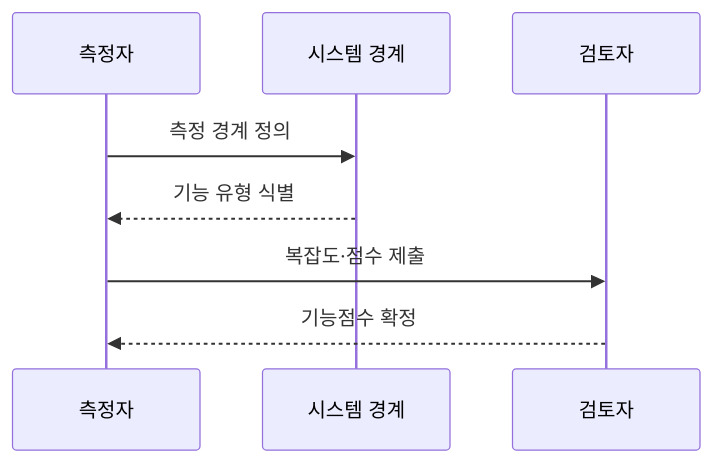
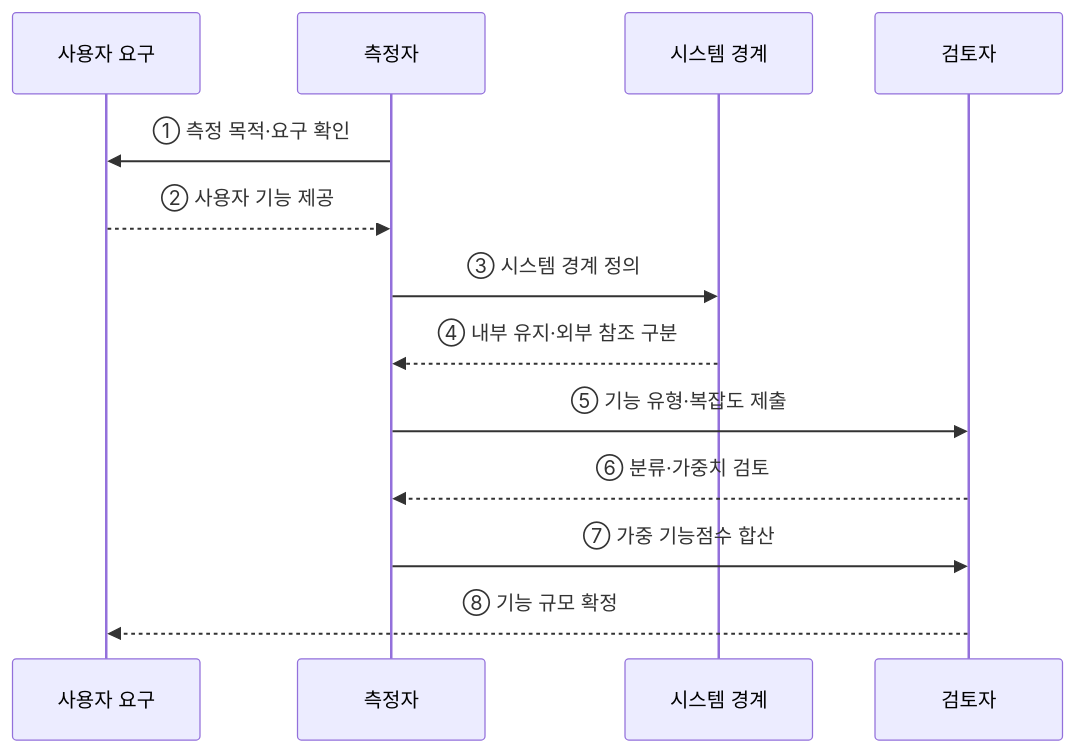
Before and after one commit to agnusdei1207/knowledge-base: the second of 2 diagrams in src/content/docs/notes/03-software/073_function_point.md, drawn with Mermaid. The commit also changed other lines of this file and 20 other files, not shown here.

````diff
--- a/src/content/docs/notes/03-software/073_function_point.md
+++ b/src/content/docs/notes/03-software/073_function_point.md
@@ -91,10 +83,15 @@
 ```mermaid
 sequenceDiagram
+    participant U as 사용자 요구
     participant A as 측정자
     participant S as 시스템 경계
     participant R as 검토자
-    A->>S: 측정 경계 정의
-    S-->>A: 기능 유형 식별
-    A->>R: 복잡도·점수 제출
-    R-->>A: 기능점수 확정
+    A->>U: ① 측정 목적·요구 확인
+    U-->>A: ② 사용자 기능 제공
+    A->>S: ③ 시스템 경계 정의
+    S-->>A: ④ 내부 유지·외부 참조 구분
+    A->>R: ⑤ 기능 유형·복잡도 제출
+    R-->>A: ⑥ 분류·가중치 검토
+    A->>R: ⑦ 가중 기능점수 합산
+    R-->>U: ⑧ 기능 규모 확정
 ```
````
